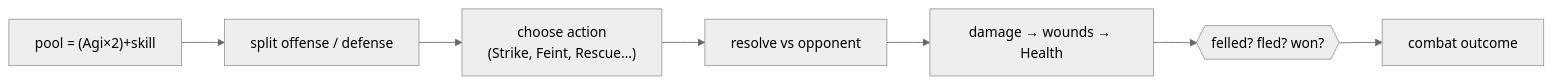
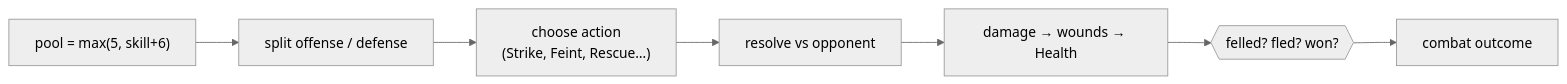
The sixth of 13 diagrams in tools/observability/guide/EXECUTIVE_GUIDE.md (jordanelias/ttrpg), drawn with Mermaid (neutral theme) before and after one commit. The commit also changed other lines of this file and 17 other files, not shown here.

First line of the commit message:
[editorial] collapse Combat Pool to canonical max(5,History+6); quarantine values_master; fold names_index (ED-1084, ED-1052)

````diff
--- a/tools/observability/guide/EXECUTIVE_GUIDE.md
+++ b/tools/observability/guide/EXECUTIVE_GUIDE.md
@@ -212,9 +213,9 @@
 ```mermaid
 flowchart LR
-  POOL["pool = (Agi×2)+skill"] --> SPLIT["split offense / defense"]
+  POOL["pool = max(5, skill+6)"] --> SPLIT["split offense / defense"]
   SPLIT --> ACT["choose action<br/>(Strike, Feint, Rescue…)"]
   ACT --> ROLL["resolve vs opponent"]
   ROLL --> DMG["damage → wounds → Health"]
   DMG --> END{{"felled? fled? won?"}}
   END --> OUTCOME["combat outcome"]
 ```
````
